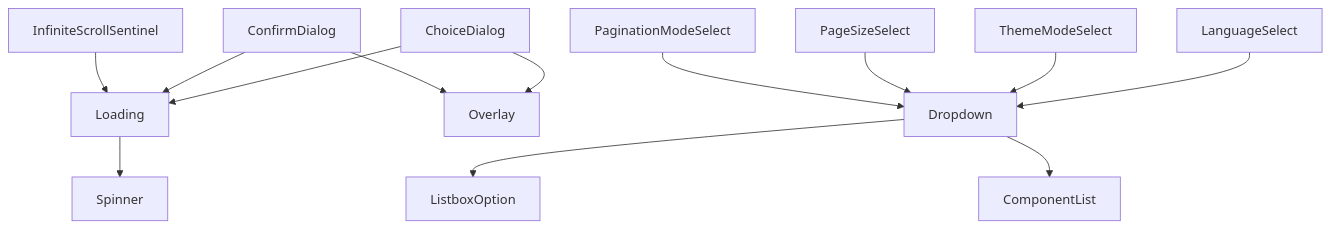
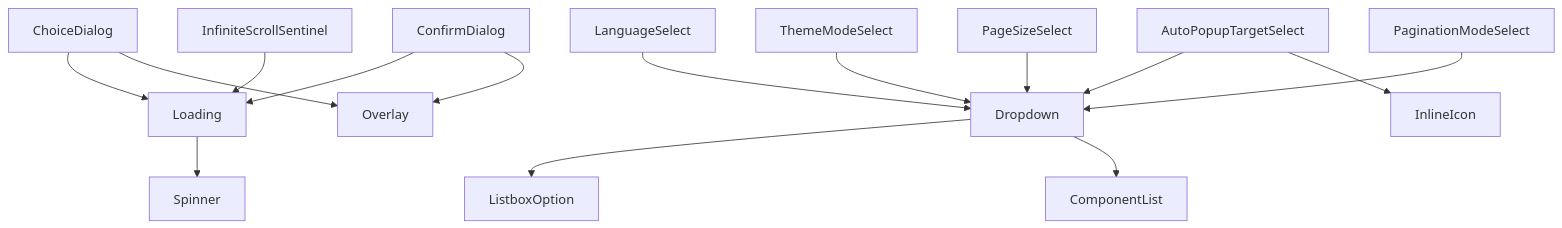
The diagram in src/components/common/README.md (nekono-dev/skyshare), drawn with Mermaid before and after one commit. The commit also changed other lines of this file and 79 other files, not shown here.

````diff
--- a/src/components/common/README.md
+++ b/src/components/common/README.md
@@ -5,15 +5,17 @@
 ```mermaid
 graph TD
   ChoiceDialog --> Loading
   ChoiceDialog --> Overlay
   ConfirmDialog --> Loading
   ConfirmDialog --> Overlay
   Loading --> Spinner
   InfiniteScrollSentinel --> Loading
   Dropdown --> ListboxOption
   Dropdown --> ComponentList
   LanguageSelect --> Dropdown
   ThemeModeSelect --> Dropdown
+  AutoPopupTargetSelect --> Dropdown
+  AutoPopupTargetSelect --> InlineIcon
   PageSizeSelect --> Dropdown
   PaginationModeSelect --> Dropdown
 ```
````
